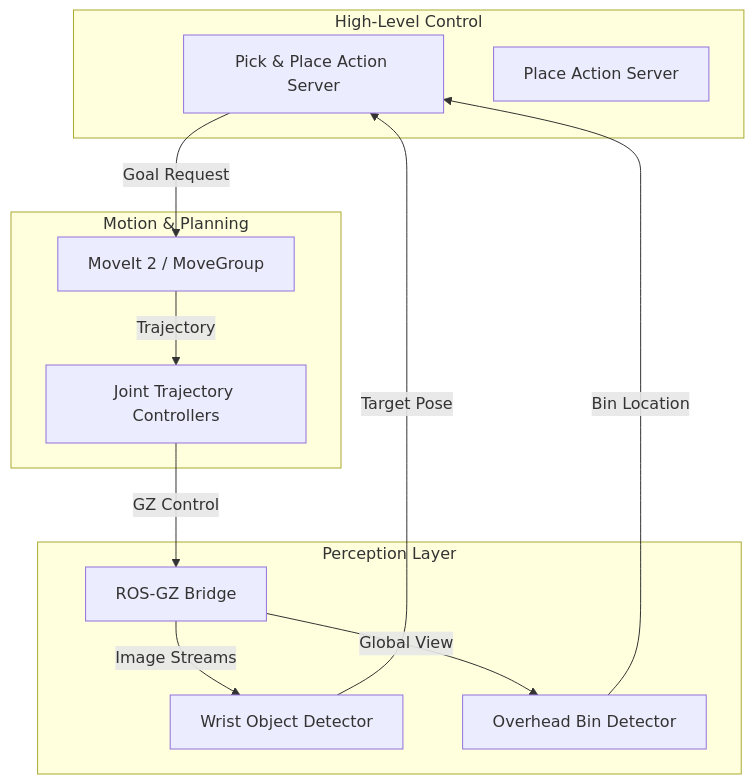
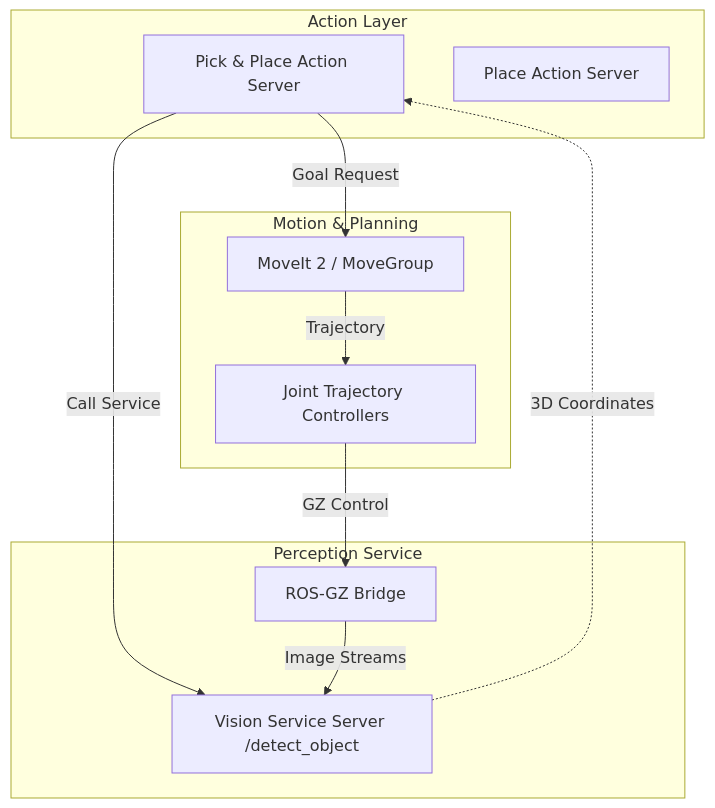
One commit to ParagChourasia/Visual_servoing_pick_and_Place- changed the diagram in README.md. Above: the diagram before and after it, drawn with Mermaid. The commit also changed other lines of this file, not shown here.

Commit message:
docs: Update README with modular interface-driven architecture details

````diff
--- a/README.md
+++ b/README.md
@@ -28,26 +26,24 @@
 ```mermaid
 graph TD
-    subgraph "High-Level Control"
+    subgraph "Action Layer"
         TaskServer[Pick & Place Action Server]
         PlaceServer[Place Action Server]
     end
 
-    subgraph "Perception Layer"
-        WristDet[Wrist Object Detector]
-        OverheadDet[Overhead Bin Detector]
+    subgraph "Perception Service"
+        VisionService[Vision Service Server /detect_object]
         GZ_Bridge[ROS-GZ Bridge]
     end
 
     subgraph "Motion & Planning"
         MoveIt[MoveIt 2 / MoveGroup]
         Controllers[Joint Trajectory Controllers]
     end
 
-    GZ_Bridge -->|Image Streams| WristDet
-    GZ_Bridge -->|Global View| OverheadDet
-    WristDet -->|Target Pose| TaskServer
-    OverheadDet -->|Bin Location| TaskServer
+    TaskServer -->|Call Service| VisionService
+    VisionService -.->|3D Coordinates| TaskServer
+    GZ_Bridge -->|Image Streams| VisionService
     TaskServer -->|Goal Request| MoveIt
     MoveIt -->|Trajectory| Controllers
     Controllers -->|GZ Control| GZ_Bridge
 ```
````
